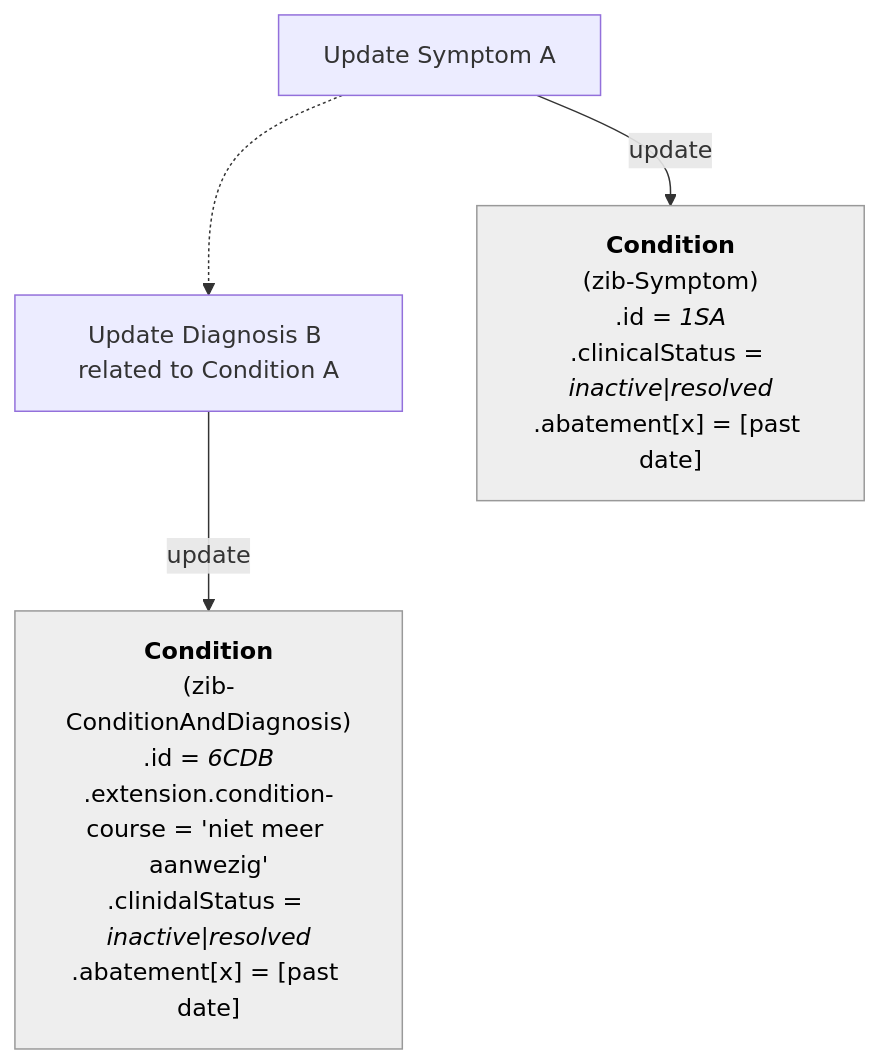
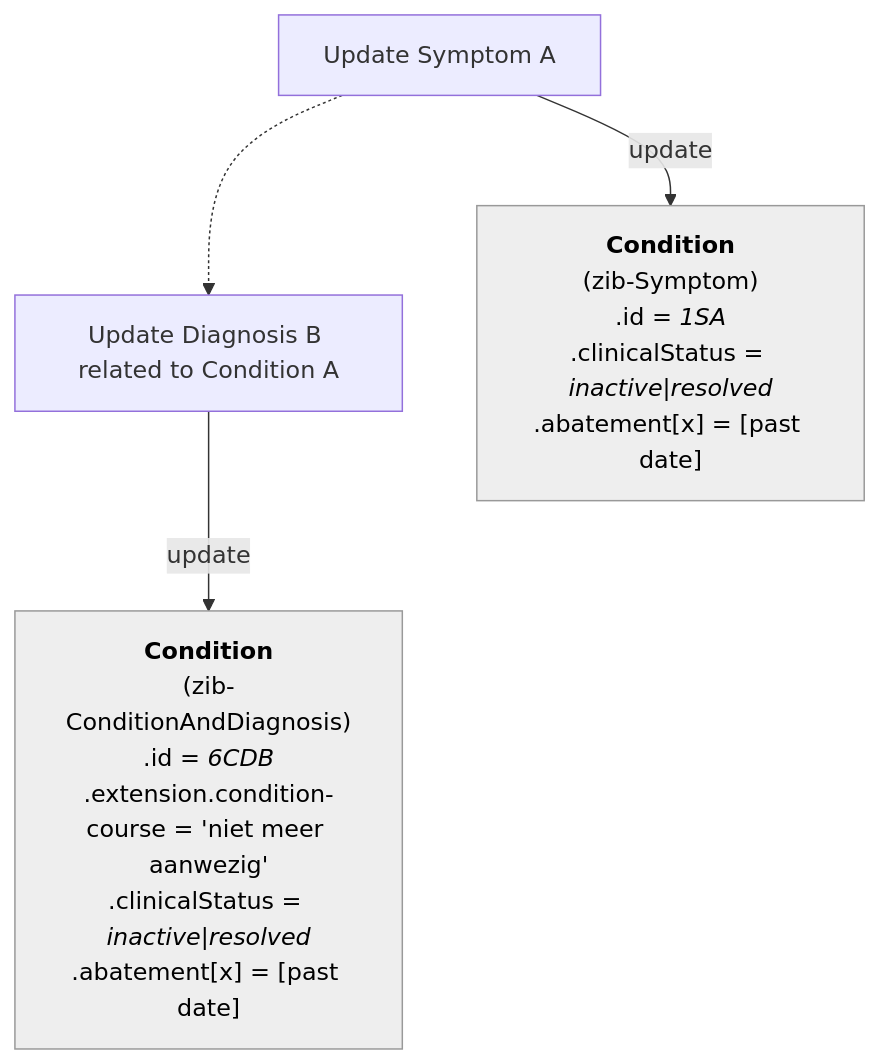
One commit to Nictiz/Nictiz-R4-zib2024 changed the eighth of 11 diagrams in documentation/Condition-Diagnosis-Symptom.md. Above: the diagram before and after it, drawn with Mermaid. The commit also changed other lines of this file, not shown here.

````diff
--- a/documentation/Condition-Diagnosis-Symptom.md
+++ b/documentation/Condition-Diagnosis-Symptom.md
@@ -235,33 +235,33 @@
 ```mermaid
 flowchart TB
 
 UpdateSymptom_A["`Update Symptom A`"]
 UpdateDiagnosis_B["`Update Diagnosis B related to Condition A`"]
 
 UpdateSymptom_A -.-> UpdateDiagnosis_B
 
     S_A["`
         **Condition**
         (zib-Symptom)
         .id = _1SA_
         .clinicalStatus = _inactive_|_resolved_
         .abatement[x] = [past date]
         `"]    
 
     CD_B["`
         **Condition**
         (zib-ConditionAndDiagnosis)
         .id = _6CDB_
         .extension.condition-course = 'niet meer aanwezig'
-        .clinidalStatus = _inactive_|_resolved_
+        .clinicalStatus = _inactive_|_resolved_
         .abatement[x] = [past date]
         `"] 
    
     S_A:::Ash
     CD_B:::Ash
     classDef Ash stroke-width:1px, stroke-dasharray:none, stroke:#999999, fill:#EEEEEE, color:#000000
 
 UpdateSymptom_A -- update --> S_A
 UpdateDiagnosis_B -- update --> CD_B
 
 ```
````
